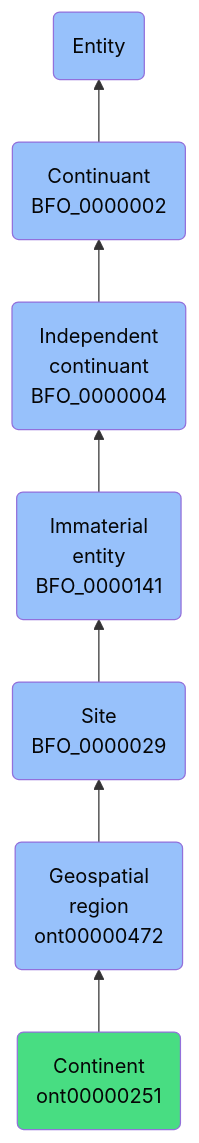
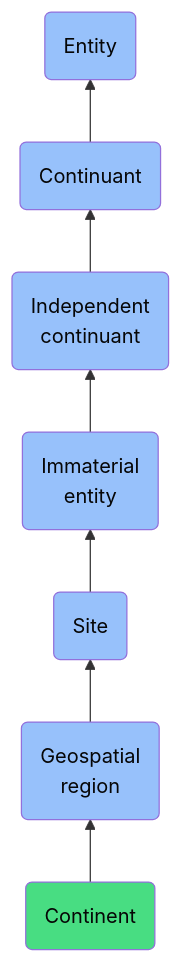
Before and after one commit to jupyter-naas/abi: the diagram in docs/ontology/reference/model/Entity/Continuant/Independent continuant/Immaterial entity/Site/Geospatial region/Continent/Continent.md, drawn with Mermaid. The commit also changed other lines of this file and 1430 other files, not shown here.

````diff
--- a/docs/ontology/reference/model/Entity/Continuant/Independent continuant/Immaterial entity/Site/Geospatial region/Continent/Continent.md
+++ b/docs/ontology/reference/model/Entity/Continuant/Independent continuant/Immaterial entity/Site/Geospatial region/Continent/Continent.md
@@ -24,14 +24,14 @@
 ```mermaid
 graph BT
-    ont00000251(Continent<br>ont00000251):::ABI-->ont00000472
-    ont00000472(Geospatial<br>region<br>ont00000472):::BFO-->BFO_0000029
-    BFO_0000029(Site<br>BFO_0000029):::BFO-->BFO_0000141
-    BFO_0000141(Immaterial<br>entity<br>BFO_0000141):::BFO-->BFO_0000004
-    BFO_0000004(Independent<br>continuant<br>BFO_0000004):::BFO-->BFO_0000002
-    BFO_0000002(Continuant<br>BFO_0000002):::BFO-->BFO_0000001
+    ont00000251(Continent):::ABI-->ont00000472
+    ont00000472(Geospatial<br>region):::BFO-->BFO_0000029
+    BFO_0000029(Site):::BFO-->BFO_0000141
+    BFO_0000141(Immaterial<br>entity):::BFO-->BFO_0000004
+    BFO_0000004(Independent<br>continuant):::BFO-->BFO_0000002
+    BFO_0000002(Continuant):::BFO-->BFO_0000001
     BFO_0000001(Entity):::BFO
     
     classDef BFO fill:#97c1fb,color:#060606
     classDef CCO fill:#e4c51e,color:#060606
     classDef ABI fill:#48DD82,color:#060606
 ```
````
